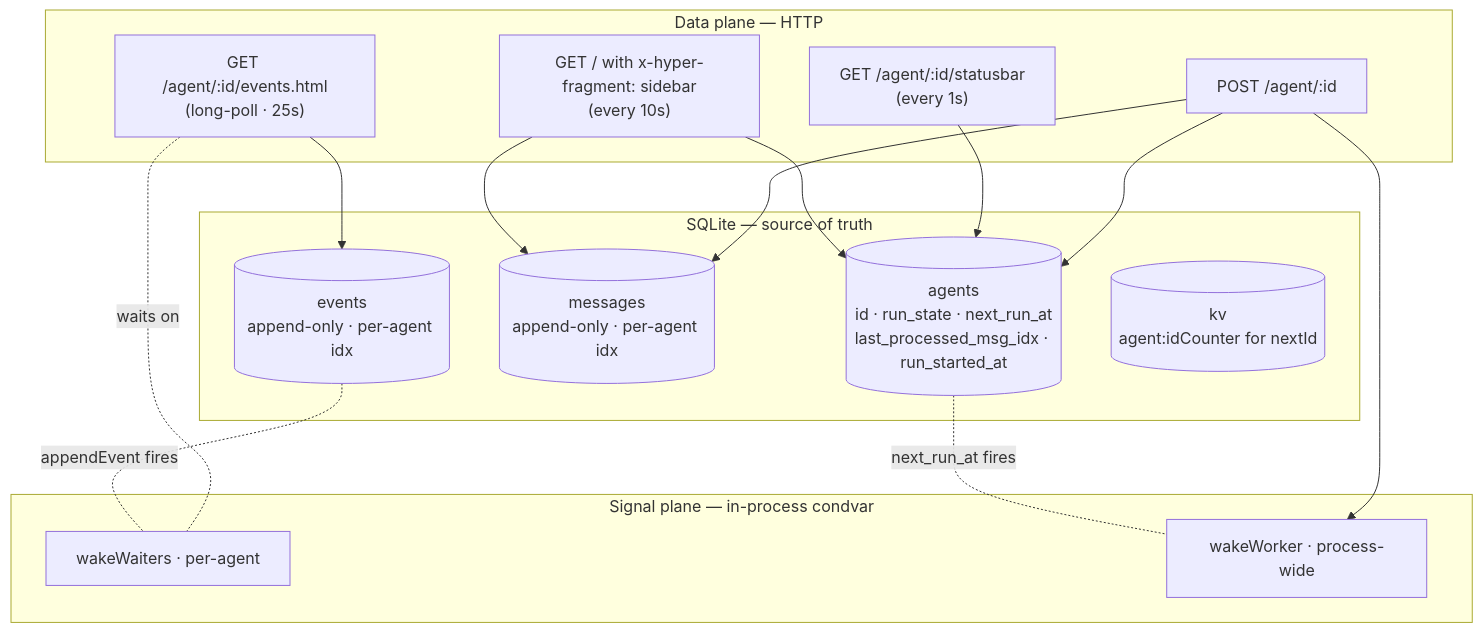
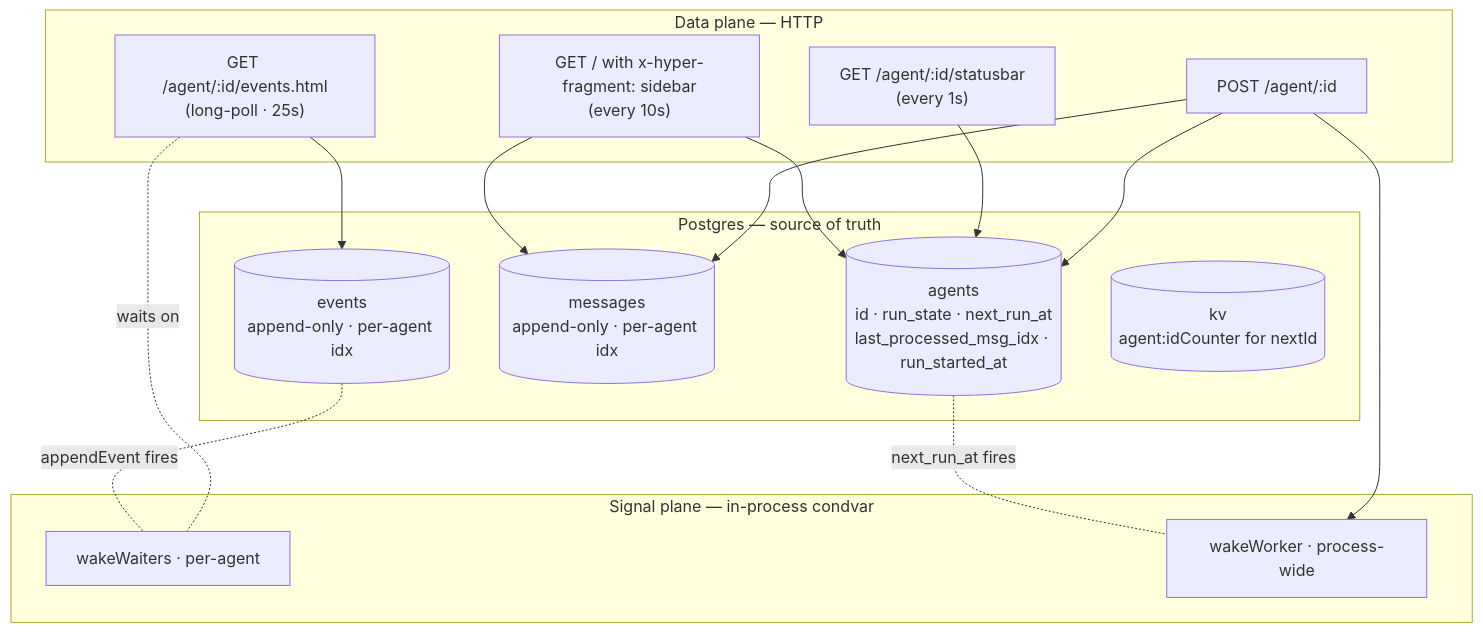
Before and after one commit to niquola/hyper-code2: the first of 3 diagrams in docs/architecture.md, drawn with Mermaid. The commit also changed other lines of this file and 14 other files, not shown here.

First line of the commit message:
docs: purge stale SQLite mentions — storage is Postgres everywhere

````diff
--- a/docs/architecture.md
+++ b/docs/architecture.md
@@ -9,33 +9,33 @@
 ```mermaid
 graph TB
-    subgraph Truth[SQLite — source of truth]
+    subgraph Truth[Postgres — source of truth]
         AGENTS[(agents<br/>id · run_state · next_run_at<br/>last_processed_msg_idx · run_started_at)]
         MSGS[(messages<br/>append-only · per-agent idx)]
         EVENTS[(events<br/>append-only · per-agent idx)]
         KV[(kv<br/>agent:idCounter for nextId)]
     end
 
     subgraph DataPlane[Data plane — HTTP]
         POST["POST /agent/:id"]
         LP["GET /agent/:id/events.html<br/>(long-poll · 25s)"]
         SB["GET /agent/:id/statusbar<br/>(every 1s)"]
         SF["GET / with x-hyper-fragment: sidebar<br/>(every 10s)"]
     end
 
     subgraph SignalPlane[Signal plane — in-process condvar]
         WW[wakeWaiters · per-agent]
         WS[wakeWorker · process-wide]
     end
 
     POST  --> MSGS
     POST  --> AGENTS
     POST  --> WS
     LP    --> EVENTS
     LP    -.waits on.- WW
     SB    --> AGENTS
     SF    --> AGENTS
     SF    --> MSGS
 
     EVENTS -.appendEvent fires.- WW
     AGENTS -.next_run_at fires.- WS
 ```
````
